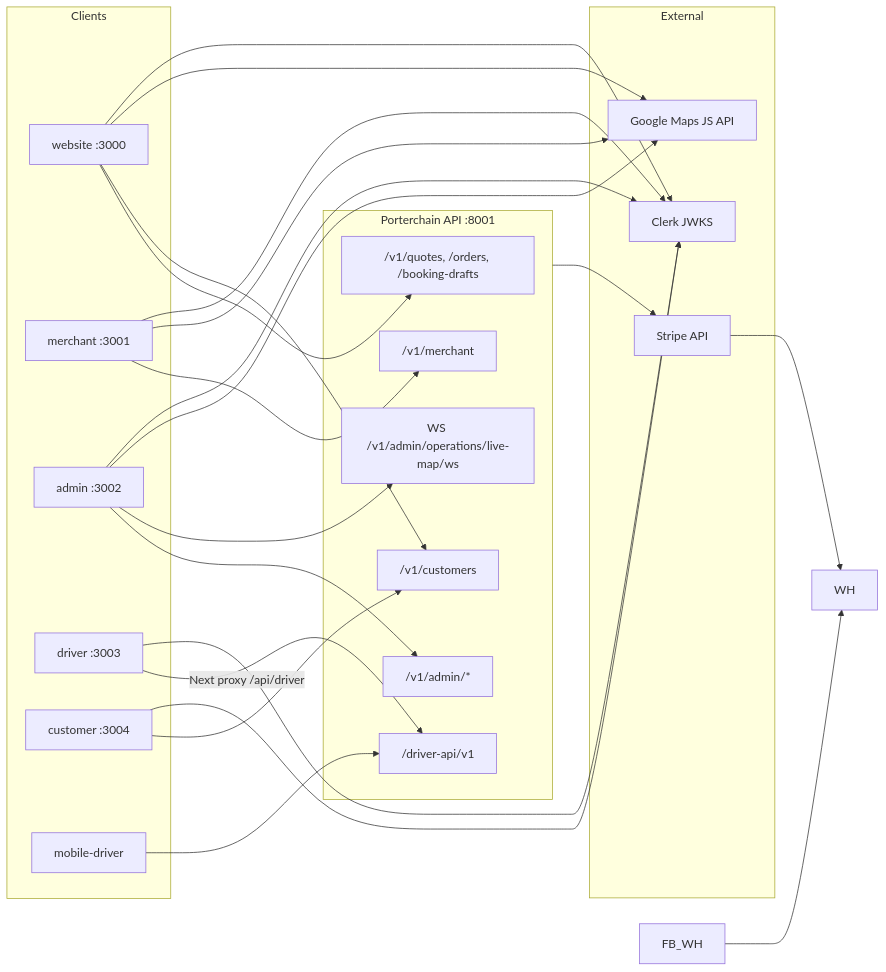
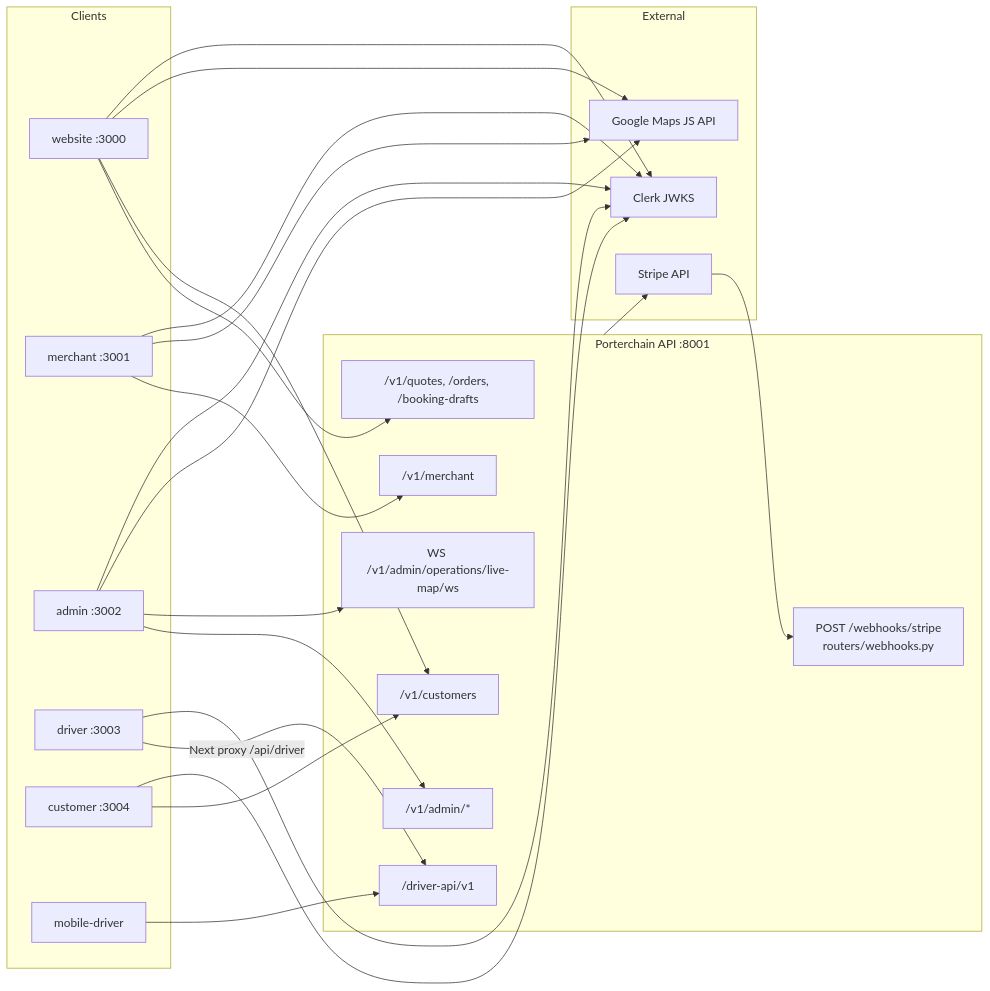
One commit to PORTERCHAIN-INC/PCD changed the diagram in docs/architecture/mermaid/api_dependency.mmd. Above: the diagram before and after it, drawn with Mermaid. The commit also changed 13 other files, not shown here.

Commit message:
docs(architecture): planned state machines (22) and events (23); clean FleetBase-era nodes in mermaid set

```diff
--- a/docs/architecture/mermaid/api_dependency.mmd
+++ b/docs/architecture/mermaid/api_dependency.mmd
@@ -1,36 +1,36 @@
 flowchart LR
   subgraph Clients
     W[website :3000]
     M[merchant :3001]
     A[admin :3002]
     D[driver :3003]
     C[customer :3004]
     MOB[mobile-driver]
   end
 
   subgraph API["Porterchain API :8001"]
     PUB["/v1/quotes, /orders, /booking-drafts"]
     CUST_API["/v1/customers"]
     MERCH_API["/v1/merchant"]
     ADMIN_API["/v1/admin/*"]
     DRV_API["/driver-api/v1"]
     WS["WS /v1/admin/operations/live-map/ws"]
+    WH["POST /webhooks/stripe<br/>routers/webhooks.py"]
   end
 
   subgraph External
     STRIPE[Stripe API]
     CLERK[Clerk JWKS]
     GMAPS[Google Maps JS API]
   end
 
   W --> PUB & CUST_API
   C --> CUST_API
   M --> MERCH_API
   A --> ADMIN_API & WS
   D -->|"Next proxy /api/driver"| DRV_API
   MOB --> DRV_API
   W & M & A --> GMAPS
   W & M & A & C & D --> CLERK
   STRIPE --> WH
-  FB_WH --> WH
   API --> STRIPE
```
